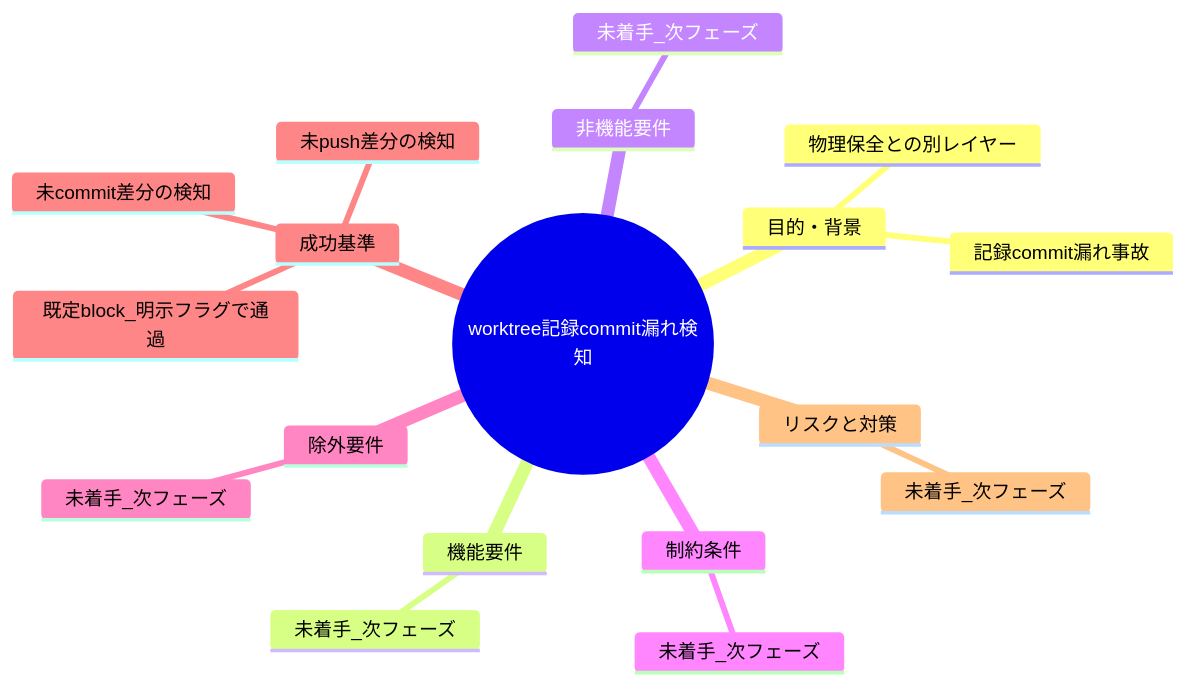
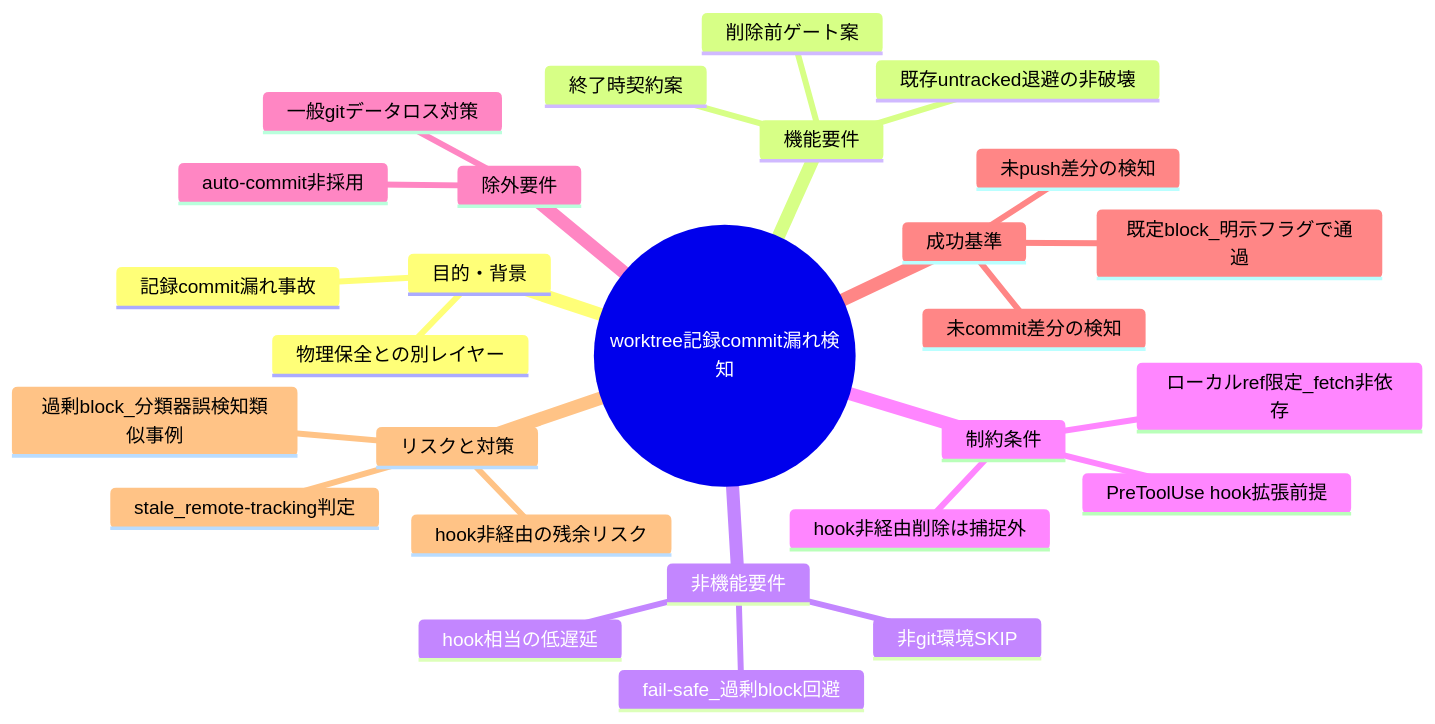
One commit to techbeansjp-free/AGENTS.md changed the first of 2 diagrams in docs/maintainer/workflow/20260716_013937_worktree運用規律/90_issues/20260716_121521_worktree記録commit漏れ検知/00_要求定義.md. Above: the diagram before and after it, drawn with Mermaid. The commit also changed other lines of this file, not shown here.

````diff
--- a/docs/maintainer/workflow/20260716_013937_worktree運用規律/90_issues/20260716_121521_worktree記録commit漏れ検知/00_要求定義.md
+++ b/docs/maintainer/workflow/20260716_013937_worktree運用規律/90_issues/20260716_121521_worktree記録commit漏れ検知/00_要求定義.md
@@ -31,21 +31,30 @@
 ```mermaid
 mindmap
   root((worktree記録commit漏れ検知))
     目的・背景
       記録commit漏れ事故
       物理保全との別レイヤー
     機能要件
-      未着手_次フェーズ
+      既存untracked退避の非破壊
+      削除前ゲート案
+      終了時契約案
     非機能要件
-      未着手_次フェーズ
+      hook相当の低遅延
+      fail-safe_過剰block回避
+      非git環境SKIP
     制約条件
-      未着手_次フェーズ
+      PreToolUse hook拡張前提
+      ローカルref限定_fetch非依存
+      hook非経由削除は捕捉外
     除外要件
-      未着手_次フェーズ
+      auto-commit非採用
+      一般gitデータロス対策
     成功基準
       未commit差分の検知
       未push差分の検知
       既定block_明示フラグで通過
     リスクと対策
-      未着手_次フェーズ
+      過剰block_分類器誤検知類似事例
+      stale_remote-tracking判定
+      hook非経由の残余リスク
 ```
````
